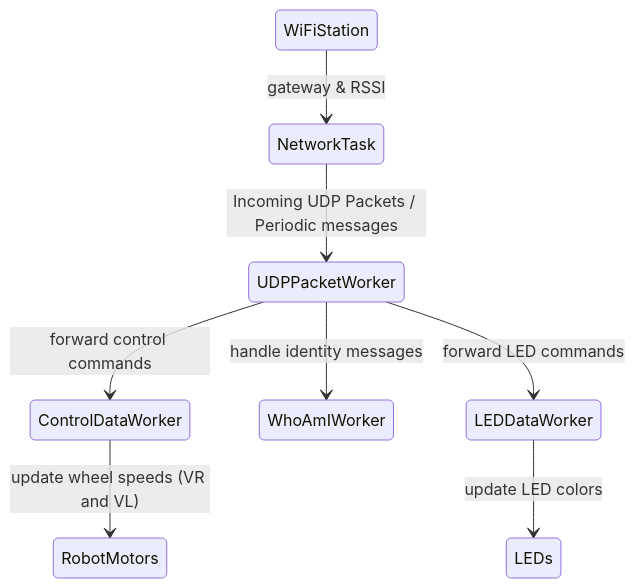
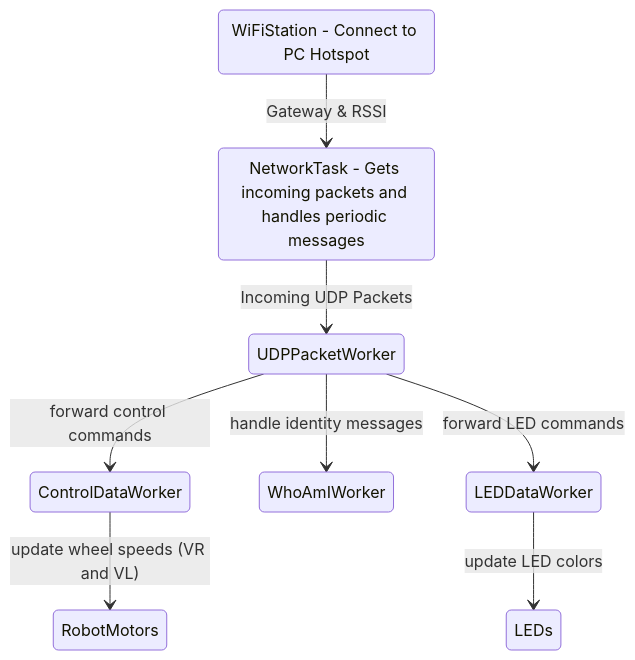
The second of 2 diagrams in README.md (mrnul/robot), drawn with Mermaid before and after one commit. The commit also changed other lines of this file, not shown here.

````diff
--- a/README.md
+++ b/README.md
@@ -164,12 +159,15 @@
 ```mermaid
 stateDiagram-v2
-    WiFiStation --> NetworkTask : gateway & RSSI
-    NetworkTask --> UDPPacketWorker : Incoming UDP Packets / Periodic messages
+    WiFiStation : WiFiStation - Connect to PC Hotspot
+    NetworkTask : NetworkTask - Gets incoming packets and handles periodic messages
+
+    WiFiStation --> NetworkTask : Gateway & RSSI
+    NetworkTask --> UDPPacketWorker : Incoming UDP Packets
 
     UDPPacketWorker --> ControlDataWorker : forward control commands
     UDPPacketWorker --> WhoAmIWorker : handle identity messages
     UDPPacketWorker --> LEDDataWorker : forward LED commands
 
     ControlDataWorker --> RobotMotors : update wheel speeds (VR and VL)
     LEDDataWorker --> LEDs : update LED colors
 ```
````
